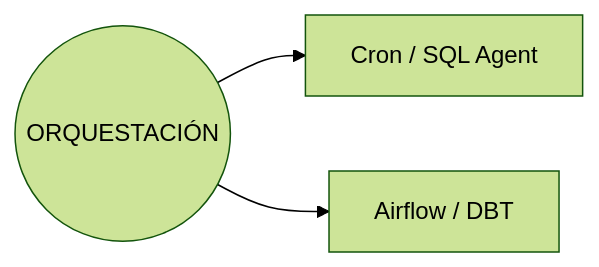
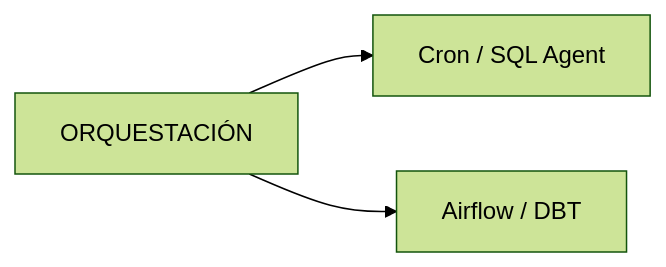
One commit to rraulherediaa/PracticasEstructurasDatos changed the tenth of 12 diagrams in README.md. Above: the diagram before and after it, drawn with Mermaid (forest theme). The commit also changed other lines of this file, not shown here.

````diff
--- a/README.md
+++ b/README.md
@@ -100,4 +171,4 @@
 ```mermaid
 flowchart LR
-    Orq(("ORQUESTACIÓN")) --> Cron["Cron / SQL Agent"] & Air["Airflow / DBT"]
+    Orq["ORQUESTACIÓN"] --> Cron["Cron / SQL Agent"] & Air["Airflow / DBT"]
 ```
````
